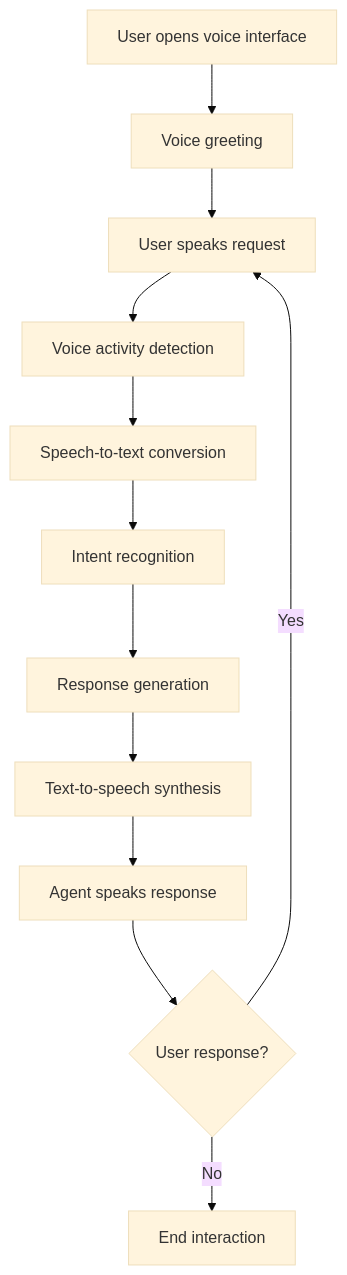
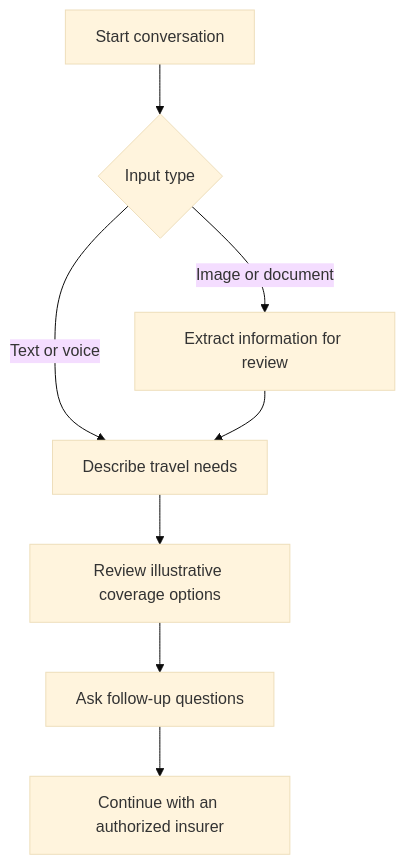
One commit to yaksheng/projects changed the first of 3 diagrams in hackathons/20251031-singhacks/user-journey/USER_JOURNEY.md. Above: the diagram before and after it, drawn with Mermaid (base theme). The commit also changed other lines of this file and 51 other files, not shown here.

````diff
--- a/hackathons/20251031-singhacks/user-journey/USER_JOURNEY.md
+++ b/hackathons/20251031-singhacks/user-journey/USER_JOURNEY.md
@@ -116,14 +5,10 @@
 ```mermaid
 graph TD
-    A[User opens voice interface] --> B[Voice greeting]
-    B --> C[User speaks request]
-    C --> D[Voice activity detection]
-    D --> E[Speech-to-text conversion]
-    E --> F[Intent recognition]
-    F --> G[Response generation]
-    G --> H[Text-to-speech synthesis]
-    H --> I[Agent speaks response]
-    I --> J{User response?}
-    J -->|Yes| C
-    J -->|No| K[End interaction]
+    Start[Start conversation] --> Input{Input type}
+    Input -->|Text or voice| Needs[Describe travel needs]
+    Input -->|Image or document| Extract[Extract information for review]
+    Extract --> Needs
+    Needs --> Options[Review illustrative coverage options]
+    Options --> Questions[Ask follow-up questions]
+    Questions --> Handoff[Continue with an authorized insurer]
 ```
````
